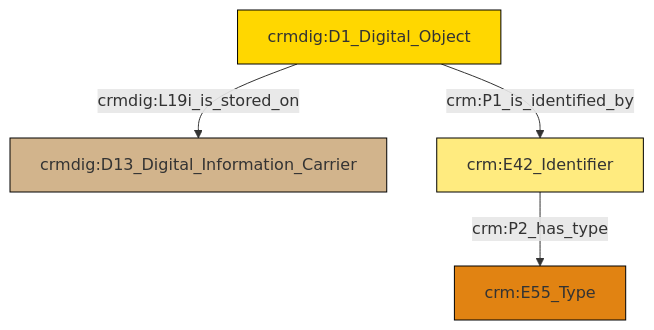
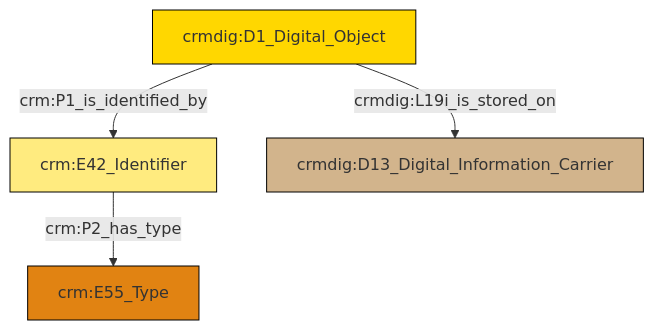
Before and after one commit to swiss-art-research-net/reference-data-models: the diagram in et/doCSV/ttl/mmd/do_location.ttl.mmd, drawn with Mermaid. The commit also changed 128 other files, not shown here.

```diff
--- a/et/doCSV/ttl/mmd/do_location.ttl.mmd
+++ b/et/doCSV/ttl/mmd/do_location.ttl.mmd
@@ -1,18 +1,18 @@
 graph TD
 classDef Literal fill:#f2f2f2,stroke:#000000;
 classDef CRM_Entity fill:#FFFFFF,stroke:#000000;
 classDef Temporal_Entity fill:#00C9E6, stroke:#000000;
 classDef Type fill:#E18312, stroke:#000000;
 classDef Time-Span fill:#2C9C91, stroke:#000000;
 classDef Appellation fill:#FFEB7F, stroke:#000000;
 classDef Place fill:#008836, stroke:#000000;
 classDef Persistent_Item fill:#B266B2, stroke:#000000;
 classDef Conceptual_Object fill:#FFD700, stroke:#000000;
 classDef Physical_Thing fill:#D2B48C, stroke:#000000;
 classDef Actor fill:#f58aad, stroke:#000000;
 classDef PC_Classes fill:#4ce600, stroke:#000000;
 classDef Multi fill:#cccccc,stroke:#000000;
 
-2["crmdig:D1_Digital_Object"]:::Conceptual_Object -->|crm:P1_is_identified_by| 3["crm:E42_Identifier"]:::Appellation
-2["crmdig:D1_Digital_Object"]:::Conceptual_Object -->|crmdig:L19i_is_stored_on| 0["crmdig:D13_Digital_Information_Carrier"]:::Physical_Thing
-3["crm:E42_Identifier"]:::Appellation -->|crm:P2_has_type| 4["crm:E55_Type"]:::Type
+0["crmdig:D1_Digital_Object"]:::Conceptual_Object -->|crm:P1_is_identified_by| 1["crm:E42_Identifier"]:::Appellation
+1["crm:E42_Identifier"]:::Appellation -->|crm:P2_has_type| 6["crm:E55_Type"]:::Type
+0["crmdig:D1_Digital_Object"]:::Conceptual_Object -->|crmdig:L19i_is_stored_on| 4["crmdig:D13_Digital_Information_Carrier"]:::Physical_Thing
```
